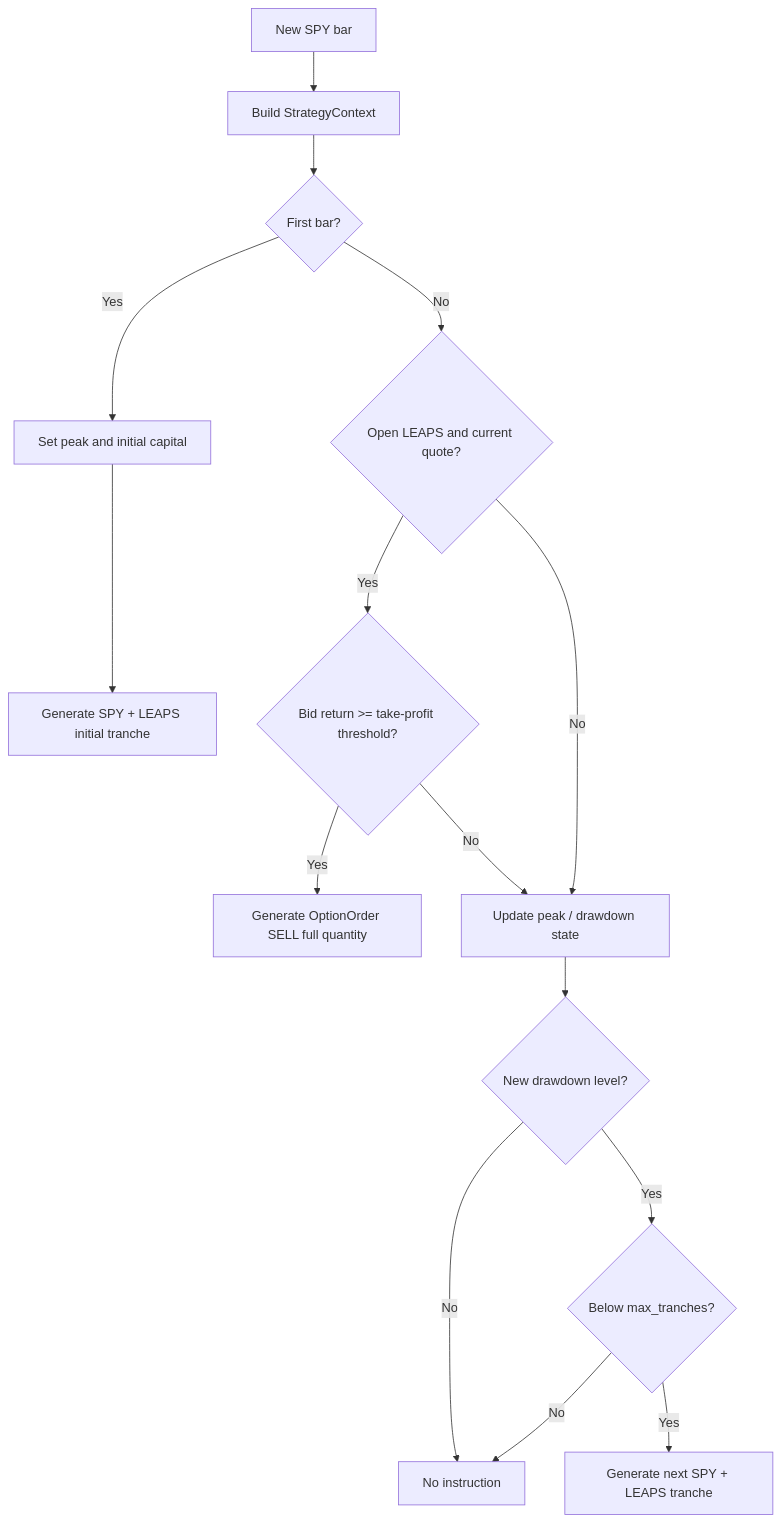
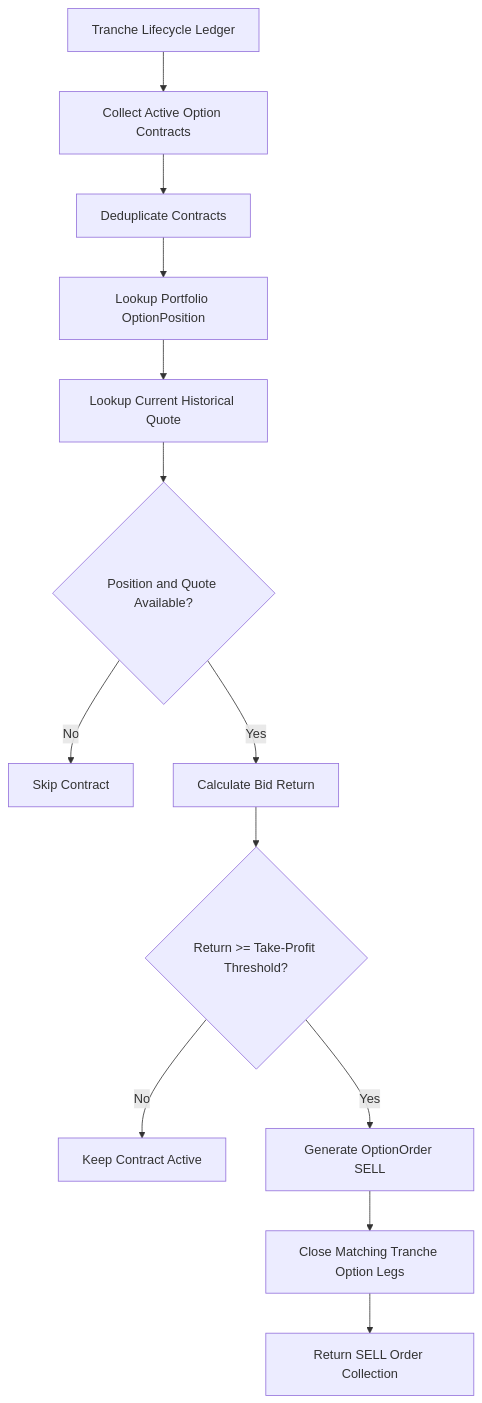
The fifth of 7 diagrams in docs/ARCHITECTURE.md (Kalvin-avenger/QuantResearch), drawn with Mermaid before and after one commit. The commit also changed other lines of this file and 5 other files, not shown here.

Commit message:
Document dynamic LEAPS lifecycle milestone

````diff
--- a/docs/ARCHITECTURE.md
+++ b/docs/ARCHITECTURE.md
@@ -119,20 +249,15 @@
 ```mermaid
 flowchart TD
-    A[New SPY bar] --> B[Build StrategyContext]
-    B --> C{First bar?}
-
-    C -- Yes --> D[Set peak and initial capital]
-    D --> E[Generate SPY + LEAPS initial tranche]
-
-    C -- No --> F{Open LEAPS and current quote?}
-    F -- Yes --> G{Bid return >= take-profit threshold?}
-    G -- Yes --> H[Generate OptionOrder SELL full quantity]
-    G -- No --> I[Update peak / drawdown state]
-    F -- No --> I
-
-    I --> J{New drawdown level?}
-    J -- No --> K[No instruction]
-    J -- Yes --> L{Below max_tranches?}
-    L -- Yes --> M[Generate next SPY + LEAPS tranche]
-    L -- No --> K
+    A[Tranche Lifecycle Ledger] --> B[Collect Active Option Contracts]
+    B --> C[Deduplicate Contracts]
+    C --> D[Lookup Portfolio OptionPosition]
+    D --> E[Lookup Current Historical Quote]
+    E --> F{Position and Quote Available?}
+    F -- No --> G[Skip Contract]
+    F -- Yes --> H[Calculate Bid Return]
+    H --> I{Return >= Take-Profit Threshold?}
+    I -- No --> J[Keep Contract Active]
+    I -- Yes --> K[Generate OptionOrder SELL]
+    K --> L[Close Matching Tranche Option Legs]
+    L --> M[Return SELL Order Collection]
 ```
````
